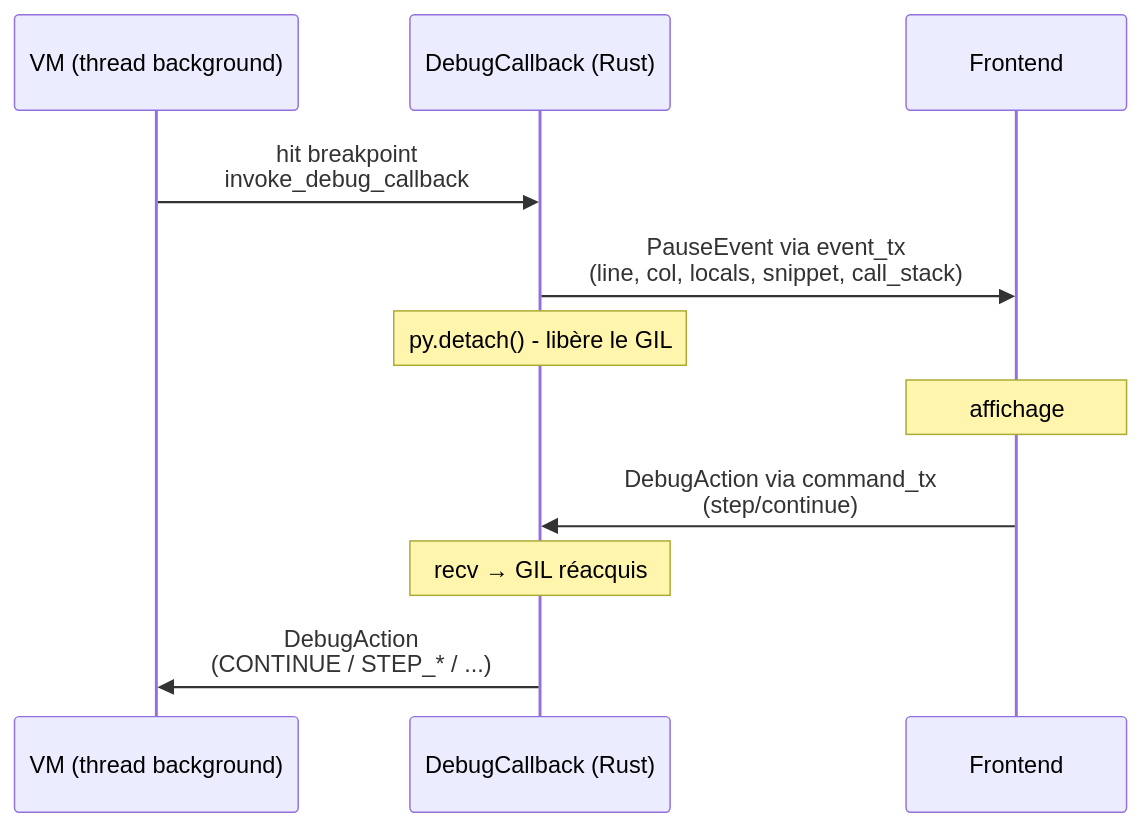
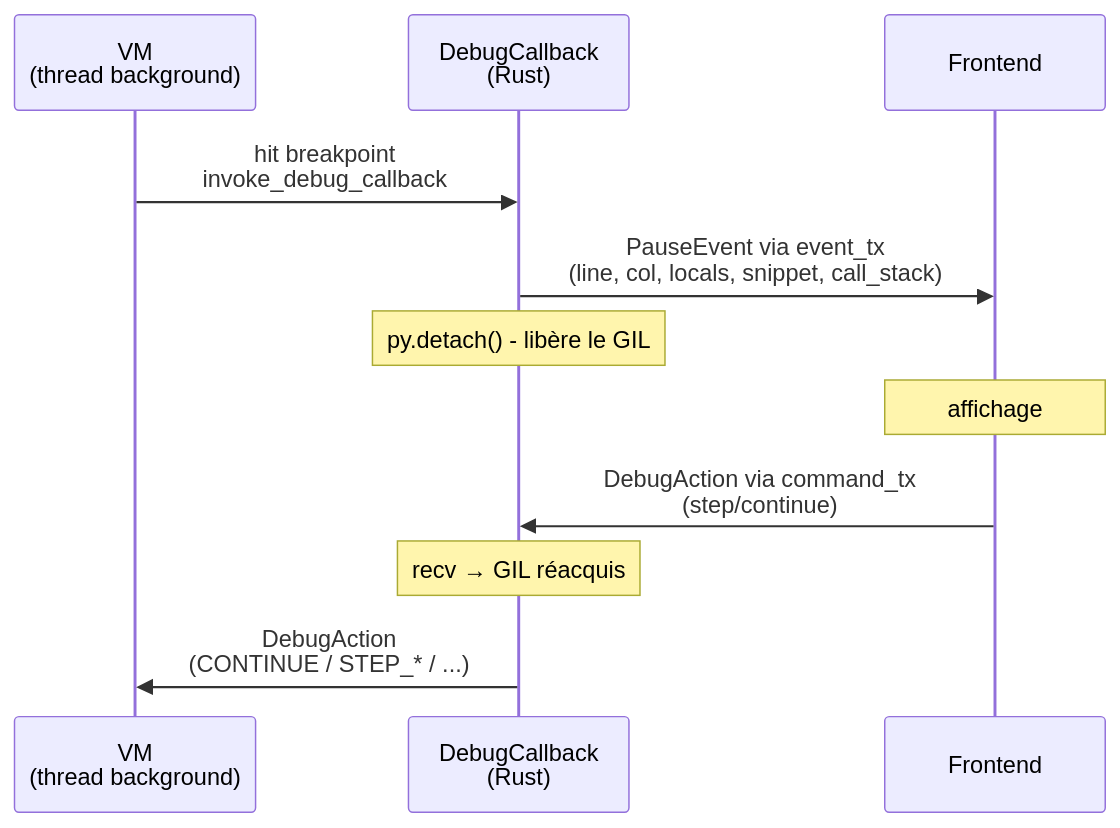
One commit to aristofor/catnip changed the fourth of 4 diagrams in docs/dev/ARCHITECTURE.md. Above: the diagram before and after it, drawn with Mermaid. The commit also changed other lines of this file and 729 other files, not shown here.

````diff
--- a/docs/dev/ARCHITECTURE.md
+++ b/docs/dev/ARCHITECTURE.md
@@ -301,14 +336,14 @@
 ```mermaid
 sequenceDiagram
-    participant VM as VM (thread background)
-    participant CB as DebugCallback (Rust)
+    participant VM as VM<br/>(thread background)
+    participant CB as DebugCallback<br/>(Rust)
     participant FE as Frontend
 
     VM->>CB: hit breakpoint<br/>invoke_debug_callback
     CB->>FE: PauseEvent via event_tx<br/>(line, col, locals, snippet, call_stack)
     Note over CB: py.detach() - libère le GIL
     Note over FE: affichage
     FE->>CB: DebugAction via command_tx<br/>(step/continue)
     Note over CB: recv → GIL réacquis
     CB->>VM: DebugAction<br/>(CONTINUE / STEP_* / ...)
 ```
````
